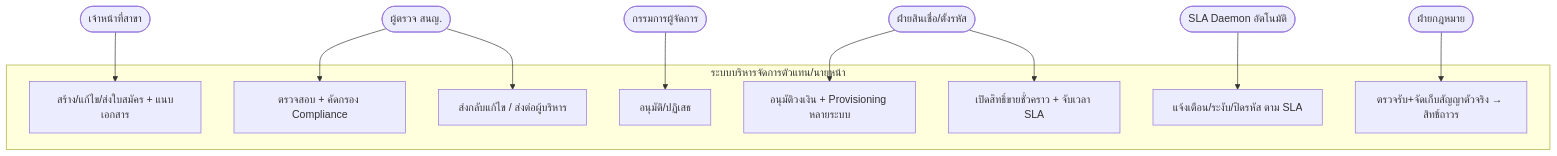
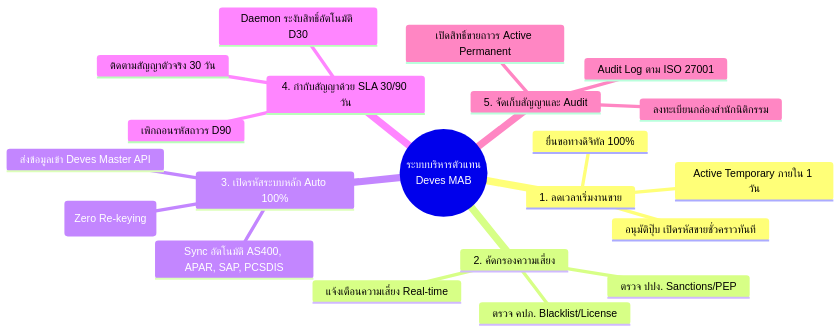
The first of 5 diagrams in F-BP-009_AgentManagement_Analysis.md (Nineteens19/DVS_ManagedAgentBroker), drawn with Mermaid before and after one commit. The commit also changed other lines of this file and 54 other files, not shown here.

````diff
--- a/F-BP-009_AgentManagement_Analysis.md
+++ b/F-BP-009_AgentManagement_Analysis.md
@@ -165,27 +61,24 @@
 ```mermaid
-flowchart TB
-    Branch([เจ้าหน้าที่สาขา])
-    HO([ผู้ตรวจ สนญ.])
-    MD([กรรมการผู้จัดการ])
-    Premium([ฝ่ายสินเชื่อ/ตั้งรหัส])
-    Legal([ฝ่ายกฎหมาย])
-    Daemon([SLA Daemon อัตโนมัติ])
-
-    subgraph System["ระบบบริหารจัดการตัวแทน/นายหน้า"]
-        UC1[สร้าง/แก้ไข/ส่งใบสมัคร + แนบเอกสาร]
-        UC2[ตรวจสอบ + คัดกรอง Compliance]
-        UC3[ส่งกลับแก้ไข / ส่งต่อผู้บริหาร]
-        UC4[อนุมัติ/ปฏิเสธ]
-        UC5[อนุมัติวงเงิน + Provisioning หลายระบบ]
-        UC6[เปิดสิทธิ์ขายชั่วคราว + จับเวลา SLA]
-        UC7[แจ้งเตือน/ระงับ/ปิดรหัส ตาม SLA]
-        UC8[ตรวจรับ+จัดเก็บสัญญาตัวจริง → สิทธิ์ถาวร]
-    end
-
-    Branch --> UC1
-    HO --> UC2 & UC3
-    MD --> UC4
-    Premium --> UC5 & UC6
-    Daemon --> UC7
-    Legal --> UC8
+mindmap
+  root((ระบบบริหารตัวแทน<br/>Deves MAB))
+    1. ลดเวลาเริ่มงานขาย
+      ยื่นขอทางดิจิทัล 100%
+      อนุมัติปุ๊บ เปิดรหัสขายชั่วคราวทันที
+      Active Temporary ภายใน 1 วัน
+    2. คัดกรองความเสี่ยง
+      ตรวจ ปปง. Sanctions/PEP
+      ตรวจ คปภ. Blacklist/License
+      แจ้งเตือนความเสี่ยง Real-time
+    3. เปิดรหัสระบบหลัก Auto 100%
+      ส่งข้อมูลเข้า Deves Master API
+      Sync อัตโนมัติ AS400, APAR, SAP, PCSDIS
+      IT ไม่ต้องคีย์ข้อมูลซ้ำ (Zero Re-keying)
+    4. กำกับสัญญาด้วย SLA 30/90 วัน
+      ติดตามสัญญาตัวจริง 30 วัน
+      Daemon ระงับสิทธิ์อัตโนมัติ D30
+      เพิกถอนรหัสถาวร D90
+    5. จัดเก็บสัญญาและ Audit
+      ลงทะเบียนกล่องสำนักนิติกรรม
+      เปิดสิทธิ์ขายถาวร Active Permanent
+      Audit Log ตาม ISO 27001
 ```
````
